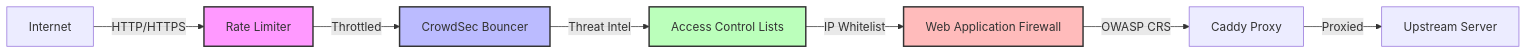
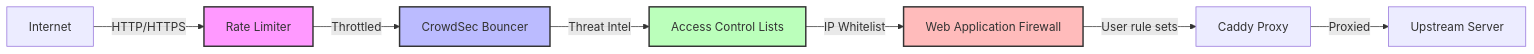
One commit to Wikid82/Charon changed the second of 6 diagrams in .github/instructions/ARCHITECTURE.instructions.md. Above: the diagram before and after it, drawn with Mermaid. The commit also changed other lines of this file and 5 other files, not shown here.

Commit message:
docs: stop describing a bundled OWASP rule set

````diff
--- a/.github/instructions/ARCHITECTURE.instructions.md
+++ b/.github/instructions/ARCHITECTURE.instructions.md
@@ -544,14 +544,14 @@
 ```mermaid
 graph LR
     Internet[Internet] -->|HTTP/HTTPS| RateLimit[Rate Limiter]
     RateLimit -->|Throttled| CrowdSec[CrowdSec Bouncer]
     CrowdSec -->|Threat Intel| ACL[Access Control Lists]
     ACL -->|IP Whitelist| WAF[Web Application Firewall]
-    WAF -->|OWASP CRS| Caddy[Caddy Proxy]
+    WAF -->|User rule sets| Caddy[Caddy Proxy]
     Caddy -->|Proxied| Upstream[Upstream Server]
 
     style RateLimit fill:#f9f,stroke:#333,stroke-width:2px
     style CrowdSec fill:#bbf,stroke:#333,stroke-width:2px
     style ACL fill:#bfb,stroke:#333,stroke-width:2px
     style WAF fill:#fbb,stroke:#333,stroke-width:2px
 ```
````
